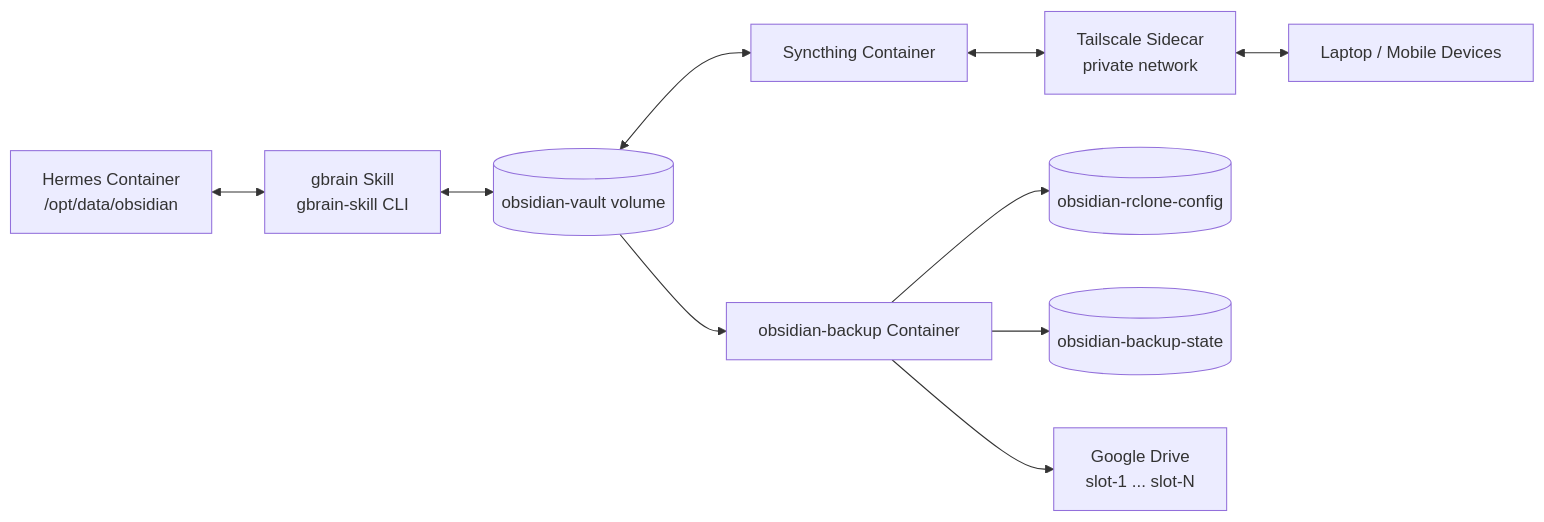
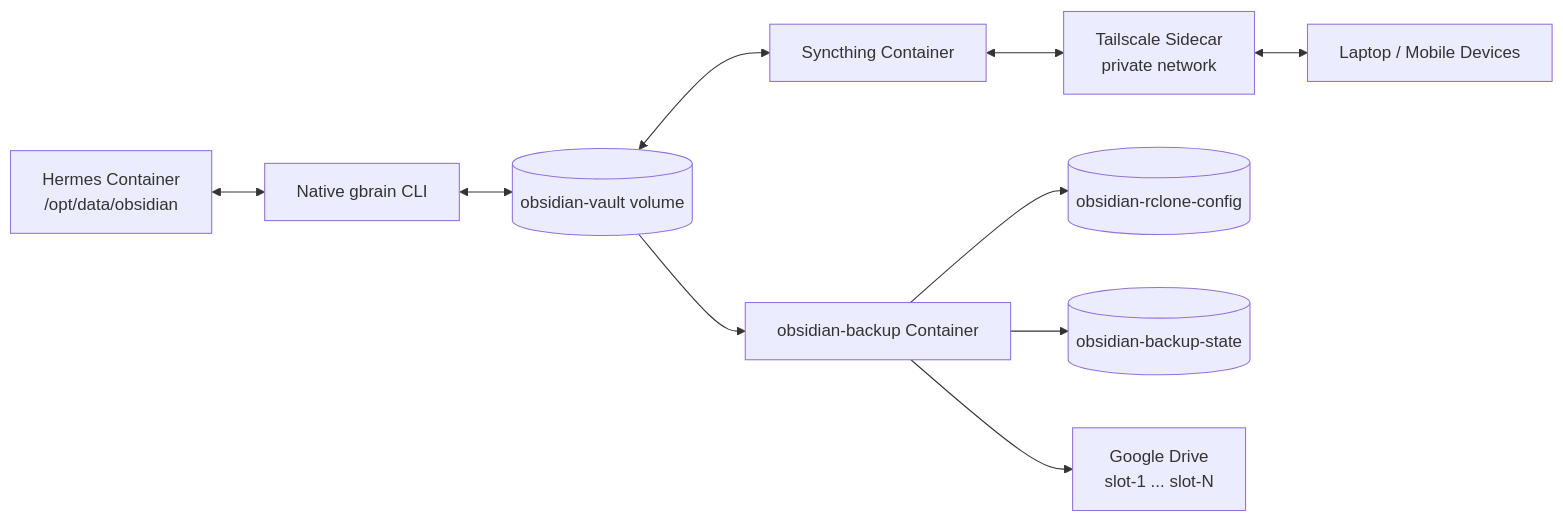
The third of 4 diagrams in README.md (Pedrohgv/josemar-assistente), drawn with Mermaid before and after one commit. The commit also changed other lines of this file and 14 other files, not shown here.

Commit message:
Use native gbrain CLI directly

````diff
--- a/README.md
+++ b/README.md
@@ -75,12 +75,12 @@
 ```mermaid
 flowchart LR
-  Hermes[Hermes Container<br/>/opt/data/obsidian] <--> GBrain[gbrain Skill<br/>gbrain-skill CLI]
+  Hermes[Hermes Container<br/>/opt/data/obsidian] <--> GBrain[Native gbrain CLI]
   GBrain <--> Vault[(obsidian-vault volume)]
   Vault <--> Syncthing[Syncthing Container]
   Syncthing <--> Tailscale[Tailscale Sidecar<br/>private network]
   Tailscale <--> Devices[Laptop / Mobile Devices]
   Vault --> Backup[obsidian-backup Container]
   Backup --> RcloneConfig[(obsidian-rclone-config)]
   Backup --> SlotState[(obsidian-backup-state)]
   Backup --> Drive[Google Drive<br/>slot-1 ... slot-N]
 ```
````
